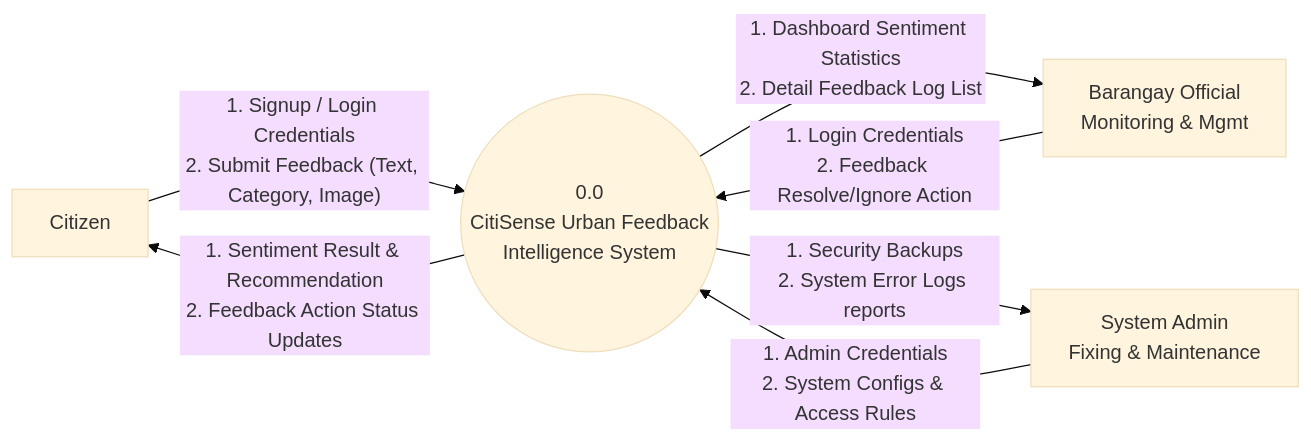
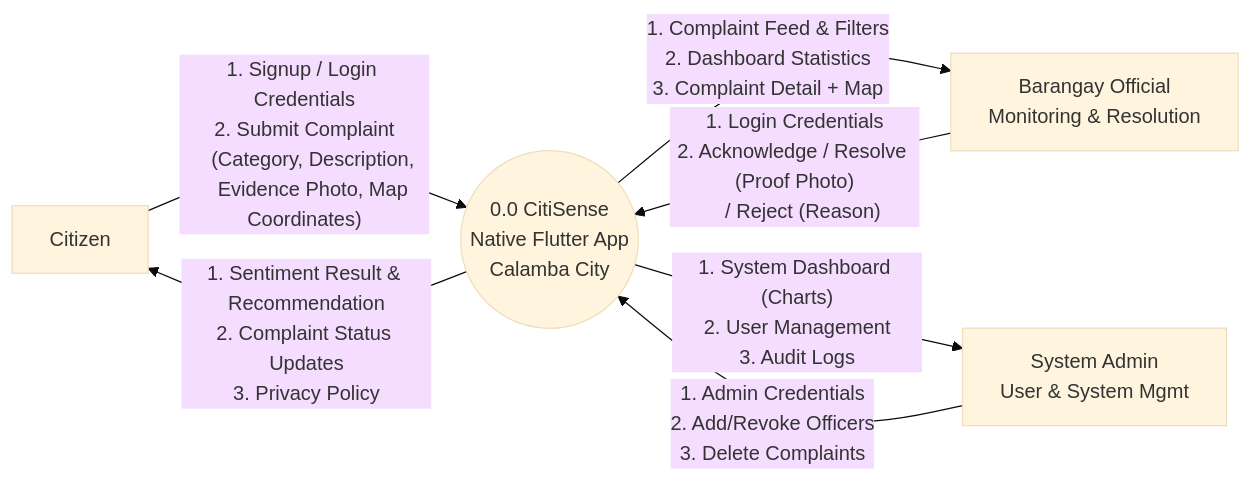
One commit to TimJohn05/Citisense changed the diagram in citisense/docs/diagram4_dfd0.mmd. Above: the diagram before and after it, drawn with Mermaid (base theme). The commit also changed 23 other files, not shown here.

First line of the commit message:
Update all docs: architecture, use case, DFDs, Gantt, testing, sentiment

```diff
--- a/citisense/docs/diagram4_dfd0.mmd
+++ b/citisense/docs/diagram4_dfd0.mmd
@@ -1,15 +1,15 @@
 flowchart LR
     Citizen[Citizen]
-    Official[Barangay Official<br>Monitoring & Mgmt]
-    Admin[System Admin<br>Fixing & Maintenance]
-    
-    System((0.0<br>CitiSense Urban Feedback<br>Intelligence System))
-    
-    Citizen -- "1. Signup / Login Credentials<br>2. Submit Feedback (Text, Category, Image)" --> System
-    System -- "1. Sentiment Result & Recommendation<br>2. Feedback Action Status Updates" --> Citizen
-    
-    Official -- "1. Login Credentials<br>2. Feedback Resolve/Ignore Action" --> System
-    System -- "1. Dashboard Sentiment Statistics<br>2. Detail Feedback Log List" --> Official
-    
-    Admin -- "1. Admin Credentials<br>2. System Configs & Access Rules" --> System
-    System -- "1. Security Backups<br>2. System Error Logs reports" --> Admin
+    Official[Barangay Official<br>Monitoring & Resolution]
+    Admin[System Admin<br>User & System Mgmt]
+
+    System((0.0 CitiSense<br>Native Flutter App<br>Calamba City))
+
+    Citizen -- "1. Signup / Login Credentials\n2. Submit Complaint\n   (Category, Description,\n    Evidence Photo, Map Coordinates)" --> System
+    System -- "1. Sentiment Result & Recommendation\n2. Complaint Status Updates\n3. Privacy Policy" --> Citizen
+
+    Official -- "1. Login Credentials\n2. Acknowledge / Resolve (Proof Photo)\n   / Reject (Reason)" --> System
+    System -- "1. Complaint Feed & Filters\n2. Dashboard Statistics\n3. Complaint Detail + Map" --> Official
+
+    Admin -- "1. Admin Credentials\n2. Add/Revoke Officers\n3. Delete Complaints" --> System
+    System -- "1. System Dashboard (Charts)\n2. User Management\n3. Audit Logs" --> Admin
```
